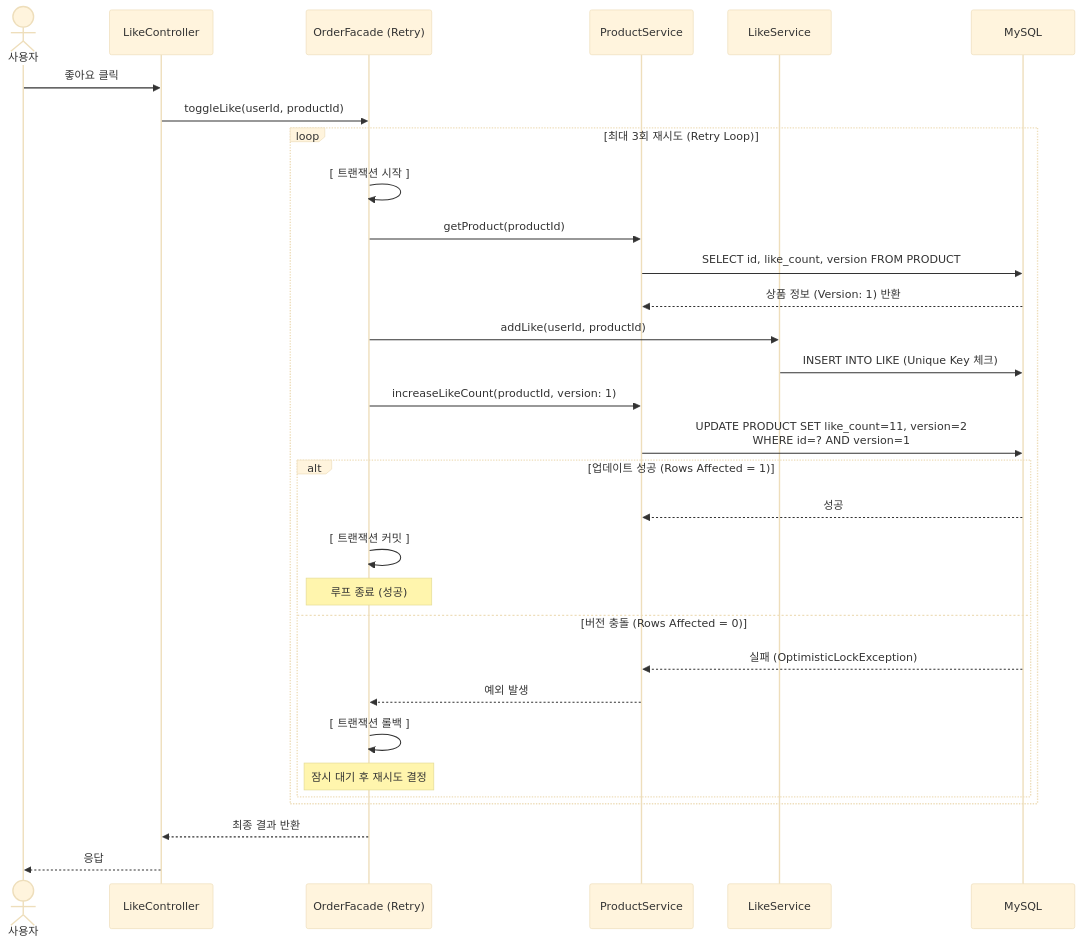
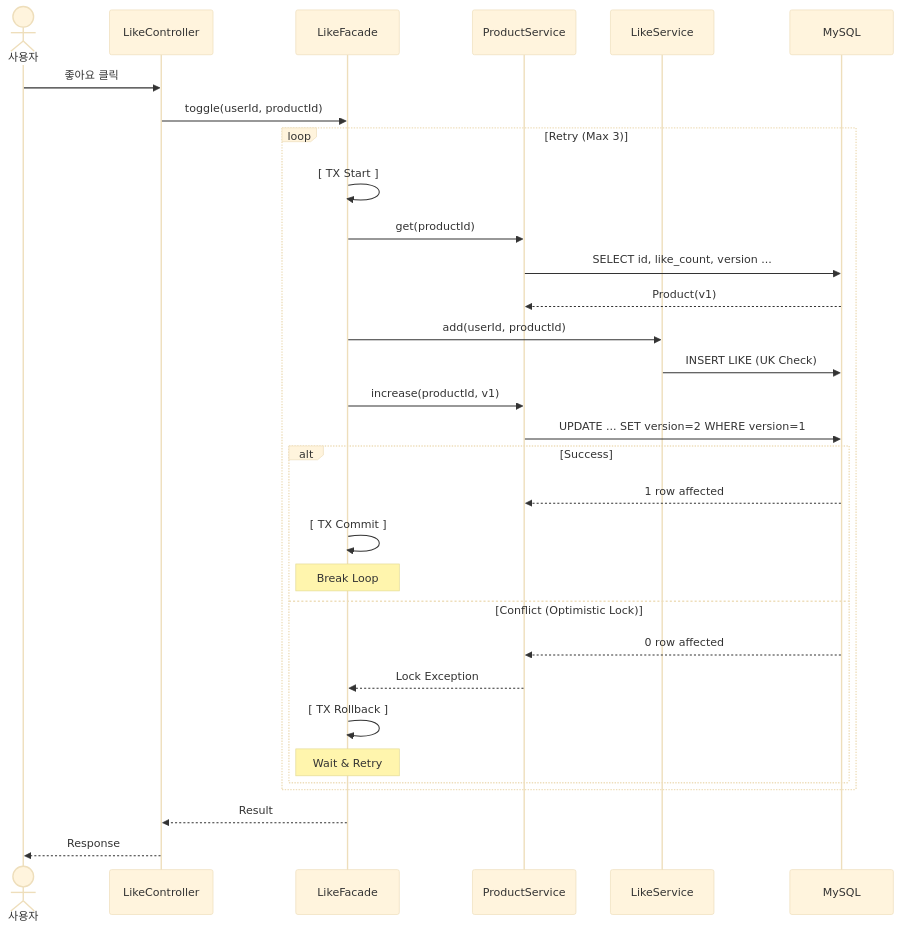
The second of 3 diagrams in docs/02-sequence-diagrams.md (pable91/loop-pack-be-l2-vol3-java), drawn with Mermaid (base theme) before and after one commit. The commit also changed other lines of this file, not shown here.

Commit message:
docs : 메소드 네이밍을 간단하게 수정

````diff
--- a/docs/02-sequence-diagrams.md
+++ b/docs/02-sequence-diagrams.md
@@ -46,40 +46,40 @@
 ```mermaid
 sequenceDiagram
     actor User as 사용자
     participant Ctrl as LikeController
-    participant Facade as OrderFacade (Retry)
+    participant Facade as LikeFacade
     participant P_Svc as ProductService
     participant L_Svc as LikeService
     participant DB as MySQL
 
     User->>Ctrl: 좋아요 클릭
-    Ctrl->>Facade: toggleLike(userId, productId)
+    Ctrl->>Facade: toggle(userId, productId)
 
-    loop 최대 3회 재시도 (Retry Loop)
-        Facade->>Facade: [ 트랜잭션 시작 ]
+    loop Retry (Max 3)
+        Facade->>Facade: [ TX Start ]
 
-        Facade->>P_Svc: getProduct(productId)
-        P_Svc->>DB: SELECT id, like_count, version FROM PRODUCT
-        DB-->>P_Svc: 상품 정보 (Version: 1) 반환
+        Facade->>P_Svc: get(productId)
+        P_Svc->>DB: SELECT id, like_count, version ...
+        DB-->>P_Svc: Product(v1)
 
-        Facade->>L_Svc: addLike(userId, productId)
-        L_Svc->>DB: INSERT INTO LIKE (Unique Key 체크)
+        Facade->>L_Svc: add(userId, productId)
+        L_Svc->>DB: INSERT LIKE (UK Check)
 
-        Facade->>P_Svc: increaseLikeCount(productId, version: 1)
-        P_Svc->>DB: UPDATE PRODUCT SET like_count=11, version=2 <br/> WHERE id=? AND version=1
+        Facade->>P_Svc: increase(productId, v1)
+        P_Svc->>DB: UPDATE ... SET version=2 WHERE version=1
 
-        alt 업데이트 성공 (Rows Affected = 1)
-            DB-->>P_Svc: 성공
-            Facade->>Facade: [ 트랜잭션 커밋 ]
-            Note over Facade: 루프 종료 (성공)
-        else 버전 충돌 (Rows Affected = 0)
-            DB-->>P_Svc: 실패 (OptimisticLockException)
-            P_Svc-->>Facade: 예외 발생
-            Facade->>Facade: [ 트랜잭션 롤백 ]
-            Note over Facade: 잠시 대기 후 재시도 결정
+        alt Success
+            DB-->>P_Svc: 1 row affected
+            Facade->>Facade: [ TX Commit ]
+            Note over Facade: Break Loop
+        else Conflict (Optimistic Lock)
+            DB-->>P_Svc: 0 row affected
+            P_Svc-->>Facade: Lock Exception
+            Facade->>Facade: [ TX Rollback ]
+            Note over Facade: Wait & Retry
         end
     end
 
-    Facade-->>Ctrl: 최종 결과 반환
-    Ctrl-->>User: 응답
+    Facade-->>Ctrl: Result
+    Ctrl-->>User: Response
 ```
````
